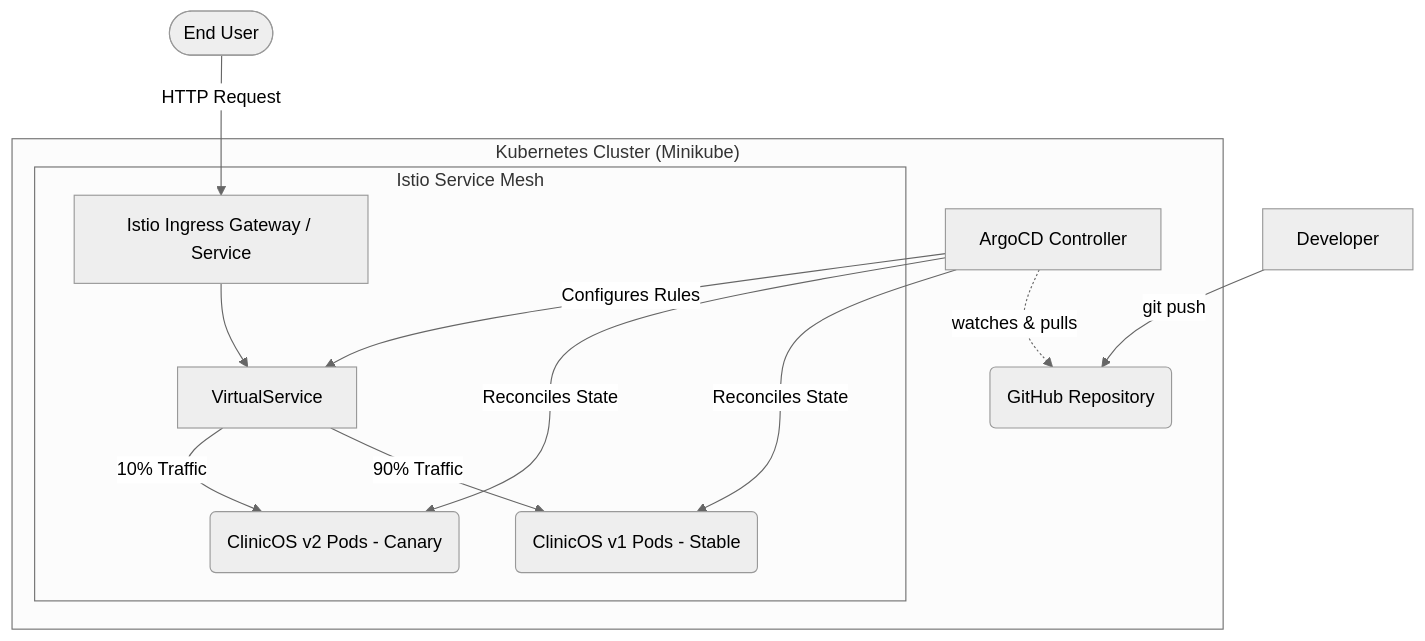
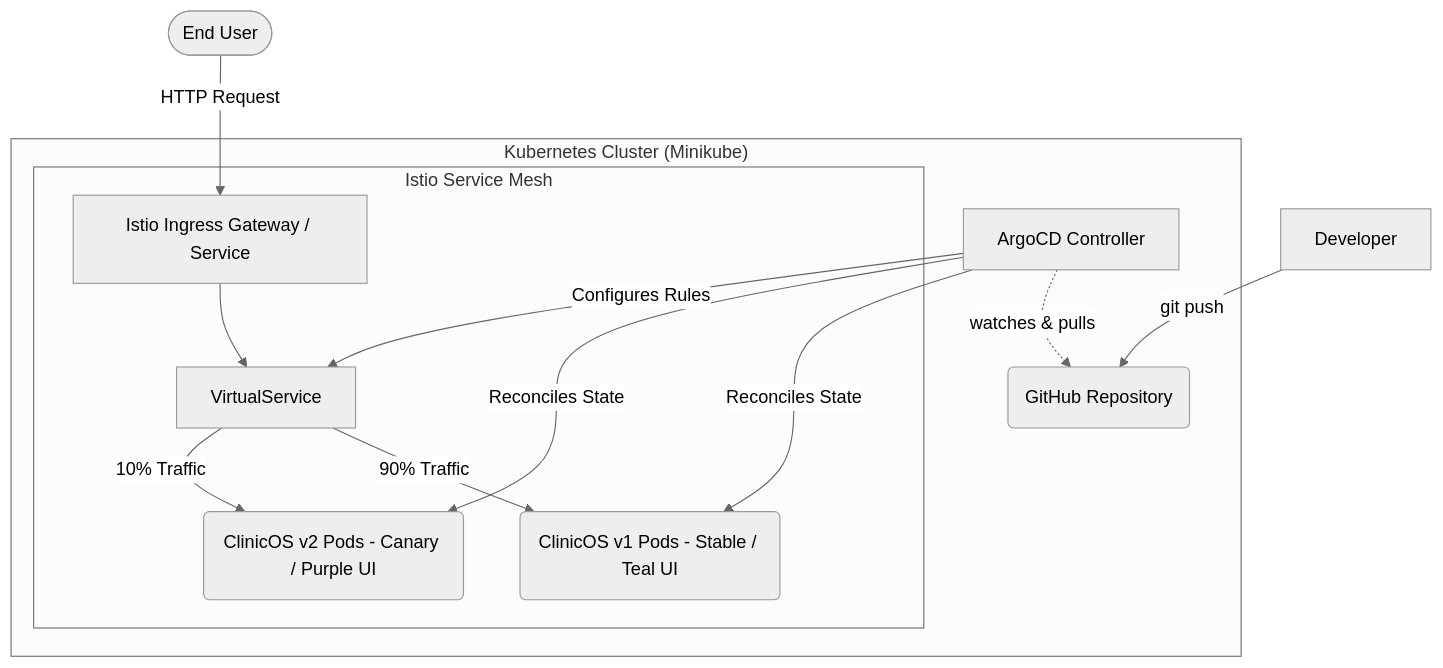
One commit to Indra1806/gitops-canary-pipeline changed the diagram in README.md. Above: the diagram before and after it, drawn with Mermaid (neutral theme). The commit also changed other lines of this file and 2 other files, not shown here.

````diff
--- a/README.md
+++ b/README.md
@@ -28,24 +29,23 @@
 ```mermaid
 graph TD
     A[Developer] -->|git push| B(GitHub Repository)
     
     subgraph "Kubernetes Cluster (Minikube)"
         C[ArgoCD Controller] -.->|watches & pulls| B
         
         subgraph "Istio Service Mesh"
             D[Istio Ingress Gateway / Service]
             E[VirtualService]
             
             D --> E
-            E -->|90% Traffic| F(ClinicOS v1 Pods - Stable)
-            E -->|10% Traffic| G(ClinicOS v2 Pods - Canary)
+            E -->|90% Traffic| F(ClinicOS v1 Pods - Stable / Teal UI)
+            E -->|10% Traffic| G(ClinicOS v2 Pods - Canary / Purple UI)
         end
         
         C -->|Reconciles State| F
         C -->|Reconciles State| G
         C -->|Configures Rules| E
     end
     
     User([End User]) -->|HTTP Request| D
-
 ```
````
